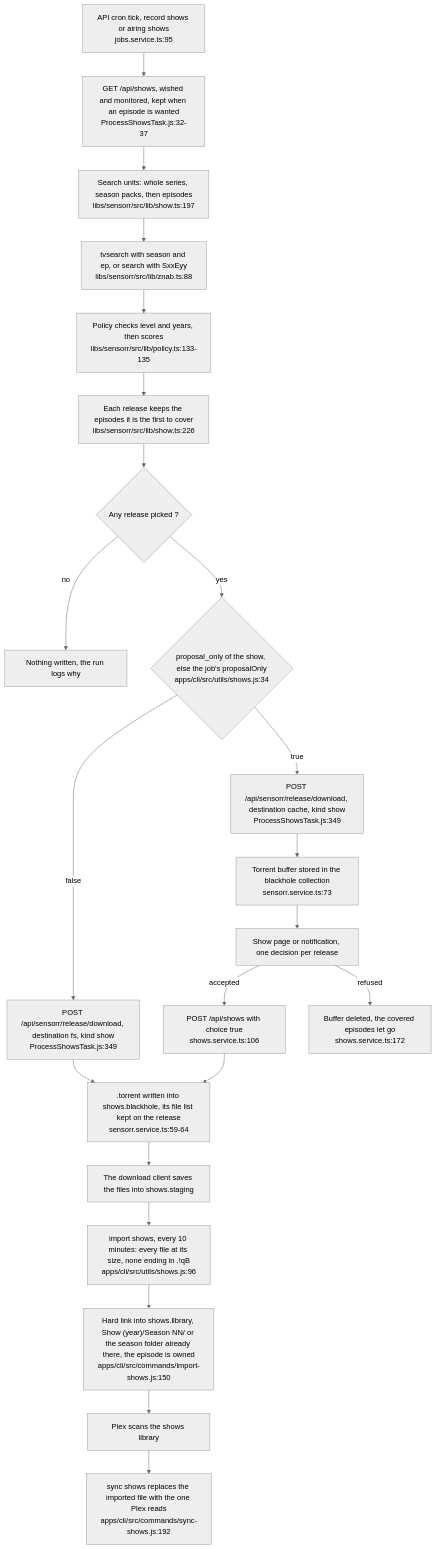
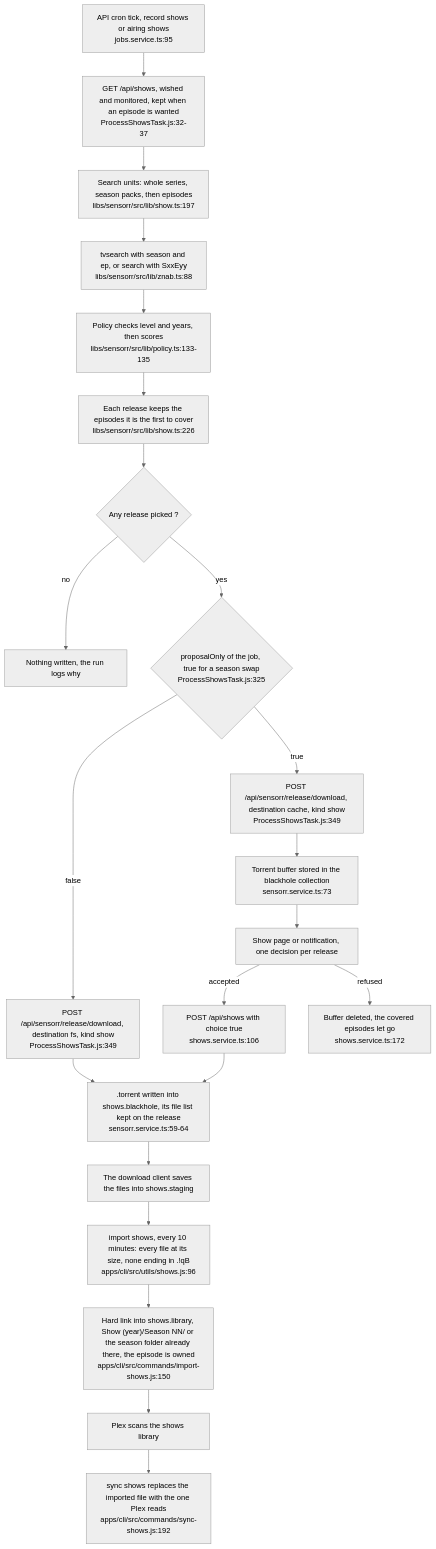
The second of 2 diagrams in docs/architecture.md (thcolin/sensorr), drawn with Mermaid (neutral theme) before and after one commit. The commit also changed other lines of this file and 17 other files, not shown here.

````diff
--- a/docs/architecture.md
+++ b/docs/architecture.md
@@ -157,31 +157,31 @@
 ```mermaid
 flowchart TD
   cron["API cron tick, record shows or airing shows<br/>jobs.service.ts:95"] --> fetch
   fetch["GET /api/shows, wished and monitored, kept when an episode is wanted<br/>ProcessShowsTask.js:32-37"] --> units
   units["Search units: whole series, season packs, then episodes<br/>libs/sensorr/src/lib/show.ts:197"] --> search
   search["tvsearch with season and ep, or search with SxxEyy<br/>libs/sensorr/src/lib/znab.ts:88"] --> policy
   policy["Policy checks level and years, then scores<br/>libs/sensorr/src/lib/policy.ts:133-135"] --> pick
   pick["Each release keeps the episodes it is the first to cover<br/>libs/sensorr/src/lib/show.ts:226"] --> picked
 
   picked{"Any release picked ?"}
   picked -->|no| stop["Nothing written, the run logs why"]
   picked -->|yes| branch
 
-  branch{"proposal_only of the show, else the job's proposalOnly<br/>apps/cli/src/utils/shows.js:34"}
+  branch{"proposalOnly of the job, true for a season swap<br/>ProcessShowsTask.js:325"}
   branch -->|false| dlfs["POST /api/sensorr/release/download, destination fs, kind show<br/>ProcessShowsTask.js:349"]
   branch -->|true| dlcache["POST /api/sensorr/release/download, destination cache, kind show<br/>ProcessShowsTask.js:349"]
 
   dlfs --> blackhole[".torrent written into shows.blackhole, its file list kept on the release<br/>sensorr.service.ts:59-64"]
   dlcache --> cached["Torrent buffer stored in the blackhole collection<br/>sensorr.service.ts:73"]
 
   cached --> review["Show page or notification, one decision per release"]
   review -->|accepted| accept["POST /api/shows with choice true<br/>shows.service.ts:106"]
   review -->|refused| refuse["Buffer deleted, the covered episodes let go<br/>shows.service.ts:172"]
   accept --> blackhole
 
   blackhole --> client["The download client saves the files into shows.staging"]
   client --> import["import shows, every 10 minutes: every file at its size, none ending in .!qB<br/>apps/cli/src/utils/shows.js:96"]
   import --> link["Hard link into shows.library, Show (year)/Season NN/ or the season folder already there, the episode is owned<br/>apps/cli/src/commands/import-shows.js:150"]
   link --> plex["Plex scans the shows library"]
   plex --> sync["sync shows replaces the imported file with the one Plex reads<br/>apps/cli/src/commands/sync-shows.js:192"]
 ```
````
